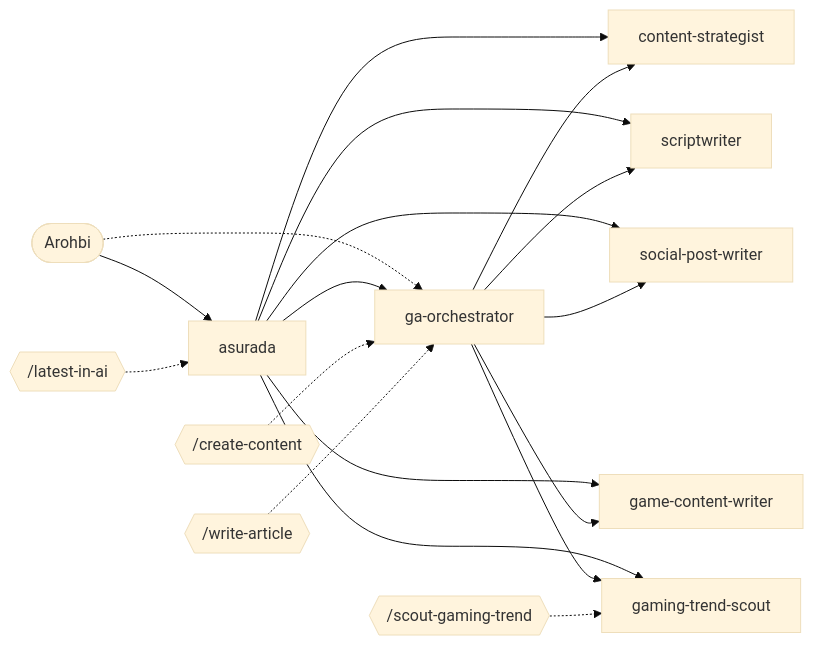
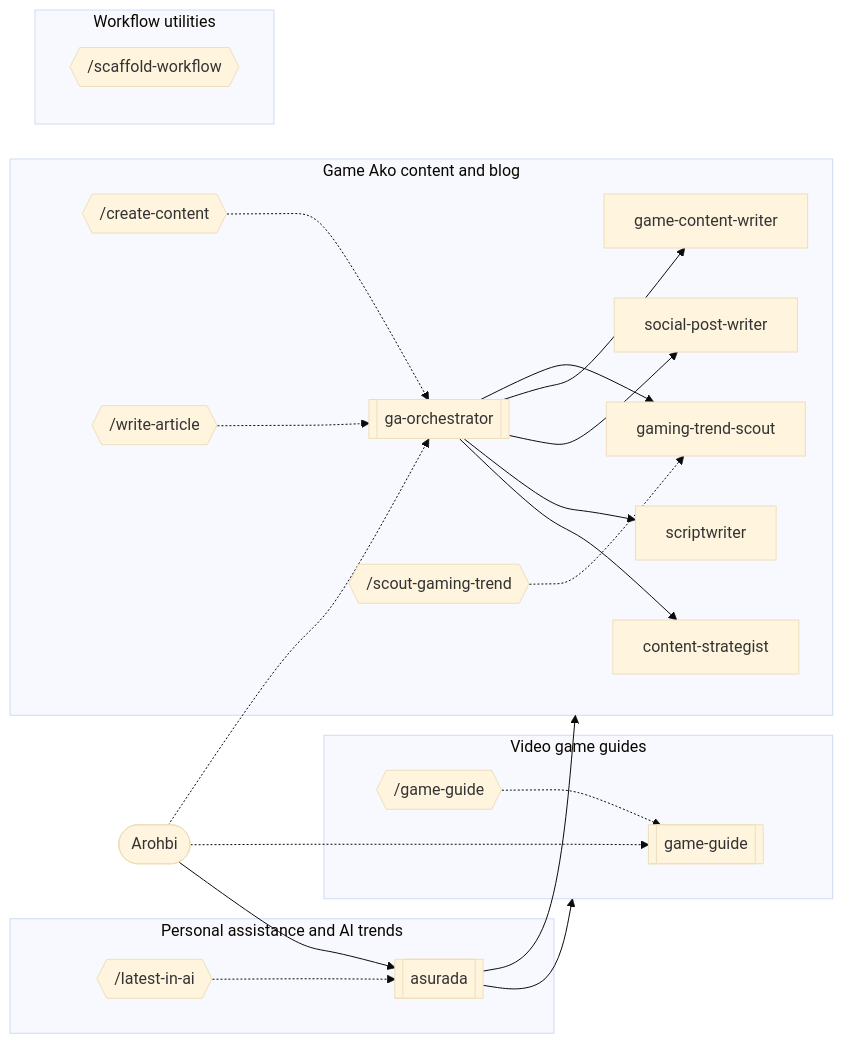
One commit to Game-Ako-Production/Personal-Agentic-Workflow changed the diagram in registry.md. Above: the diagram before and after it, drawn with Mermaid (base theme). The commit also changed other lines of this file and 65 other files, not shown here.

````diff
--- a/registry.md
+++ b/registry.md
@@ -18,28 +18,41 @@
 ```mermaid
 flowchart LR
   user([Arohbi])
-  asurada[asurada]
-  content_strategist[content-strategist]
-  ga_orchestrator[ga-orchestrator]
-  game_content_writer[game-content-writer]
-  gaming_trend_scout[gaming-trend-scout]
-  scriptwriter[scriptwriter]
-  social_post_writer[social-post-writer]
+  subgraph domain_personal["Personal assistance and AI trends"]
+    asurada[[asurada]]
+    cmd_latest_in_ai{{"/latest-in-ai"}}
+  end
+  subgraph domain_game_guide["Video game guides"]
+    game_guide[[game-guide]]
+    cmd_game_guide{{"/game-guide"}}
+  end
+  subgraph domain_game_ako["Game Ako content and blog"]
+    content_strategist[content-strategist]
+    ga_orchestrator[[ga-orchestrator]]
+    game_content_writer[game-content-writer]
+    gaming_trend_scout[gaming-trend-scout]
+    scriptwriter[scriptwriter]
+    social_post_writer[social-post-writer]
+    cmd_create_content{{"/create-content"}}
+    cmd_scout_gaming_trend{{"/scout-gaming-trend"}}
+    cmd_write_article{{"/write-article"}}
+  end
+  subgraph domain_utility["Workflow utilities"]
+    cmd_scaffold_workflow{{"/scaffold-workflow"}}
+  end
   user --> asurada
   user -.-> ga_orchestrator
-  asurada --> content_strategist
-  asurada --> ga_orchestrator
-  asurada --> game_content_writer
-  asurada --> gaming_trend_scout
-  asurada --> scriptwriter
-  asurada --> social_post_writer
+  user -.-> game_guide
+  asurada --> domain_game_guide
+  asurada --> domain_game_ako
   ga_orchestrator --> content_strategist
   ga_orchestrator --> scriptwriter
   ga_orchestrator --> social_post_writer
   ga_orchestrator --> game_content_writer
   ga_orchestrator --> gaming_trend_scout
-  cmd_create_content{{"/create-content"}} -.-> ga_orchestrator
-  cmd_latest_in_ai{{"/latest-in-ai"}} -.-> asurada
-  cmd_scout_gaming_trend{{"/scout-gaming-trend"}} -.-> gaming_trend_scout
-  cmd_write_article{{"/write-article"}} -.-> ga_orchestrator
+  cmd_create_content -.-> ga_orchestrator
+  cmd_game_guide -.-> game_guide
+  cmd_latest_in_ai -.-> asurada
+  cmd_scout_gaming_trend -.-> gaming_trend_scout
+  cmd_write_article -.-> ga_orchestrator
 ```
````
